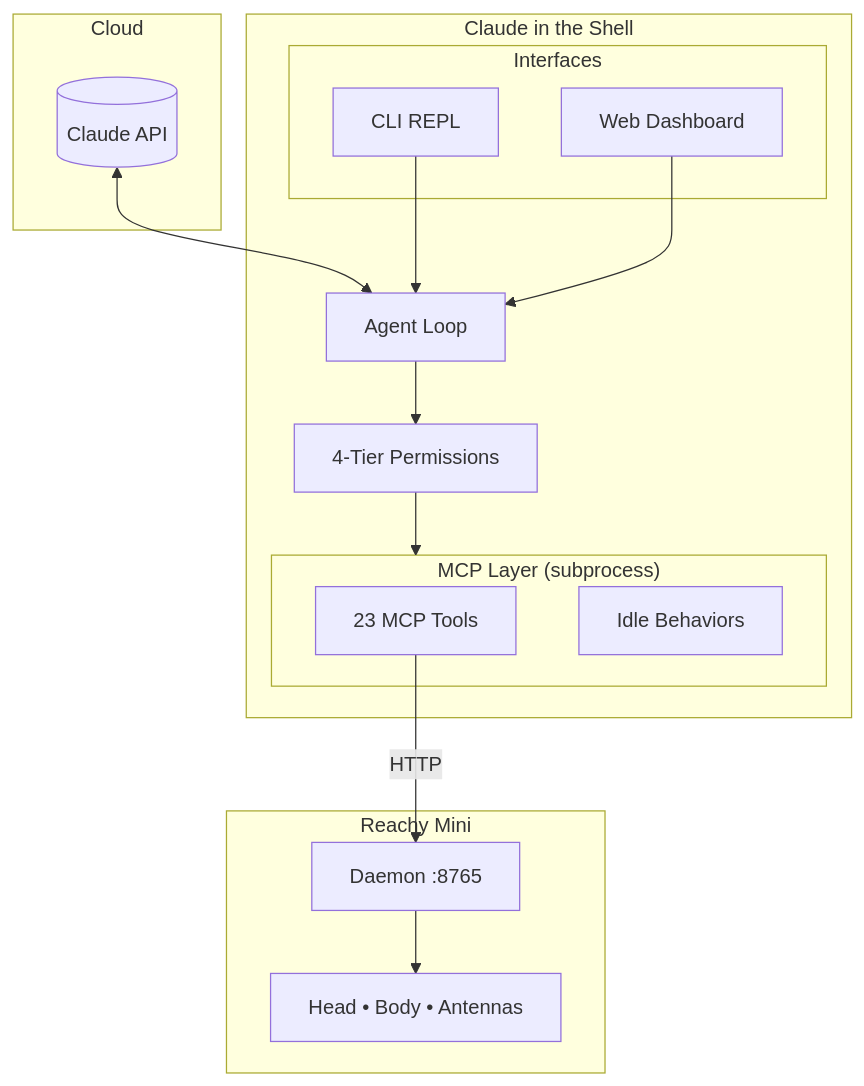
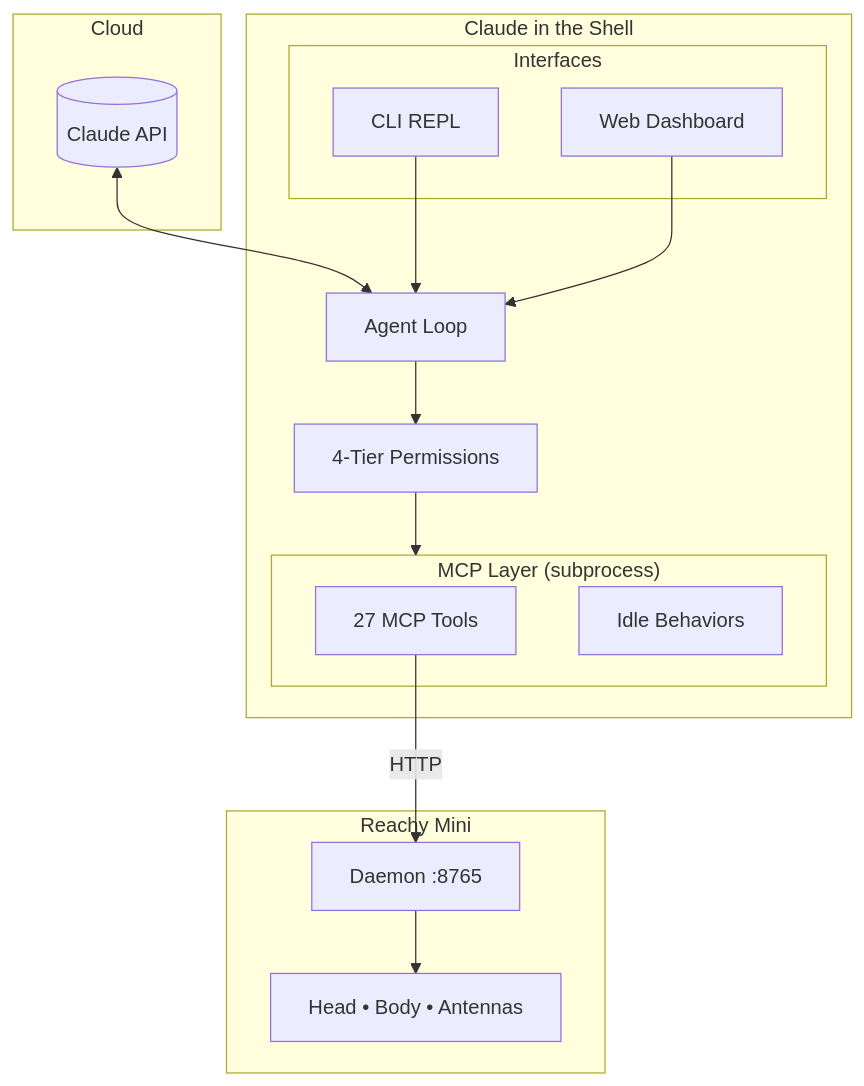
Before and after one commit to jawhnycooke/claude-in-the-shell: the first of 2 diagrams in README.md, drawn with Mermaid. The commit also changed other lines of this file and 16 other files, not shown here.

````diff
--- a/README.md
+++ b/README.md
@@ -20,34 +20,34 @@
 ```mermaid
 flowchart TB
     subgraph Cloud["Cloud"]
         CLAUDE[("Claude API")]
     end
 
     subgraph Agent["Claude in the Shell"]
         SDK["Agent Loop"]
         PERM["4-Tier Permissions"]
 
         subgraph Interface["Interfaces"]
             CLI["CLI REPL"]
             WEB["Web Dashboard"]
         end
 
         subgraph MCP["MCP Layer (subprocess)"]
-            TOOLS["23 MCP Tools"]
+            TOOLS["27 MCP Tools"]
             IDLE["Idle Behaviors"]
         end
     end
 
     subgraph Hardware["Reachy Mini"]
         DAEMON["Daemon :8765"]
         ROBOT["Head • Body • Antennas"]
     end
 
     CLAUDE <--> SDK
     SDK --> PERM
     PERM --> MCP
     CLI --> SDK
     WEB --> SDK
     TOOLS -->|HTTP| DAEMON
     DAEMON --> ROBOT
 ```
````
